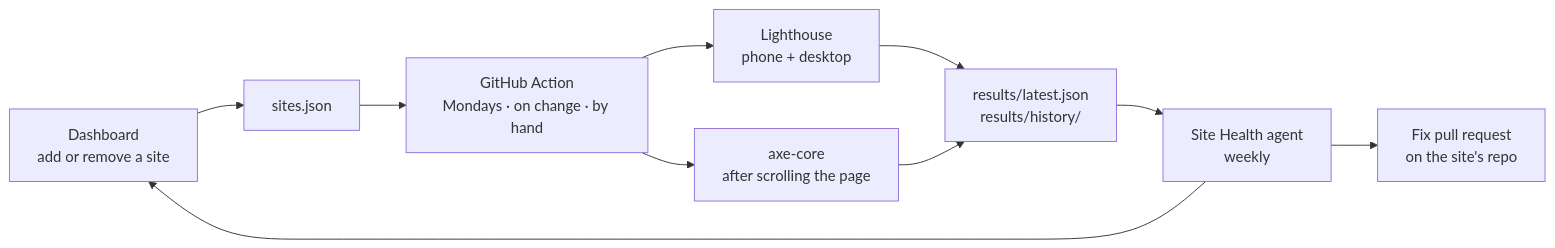
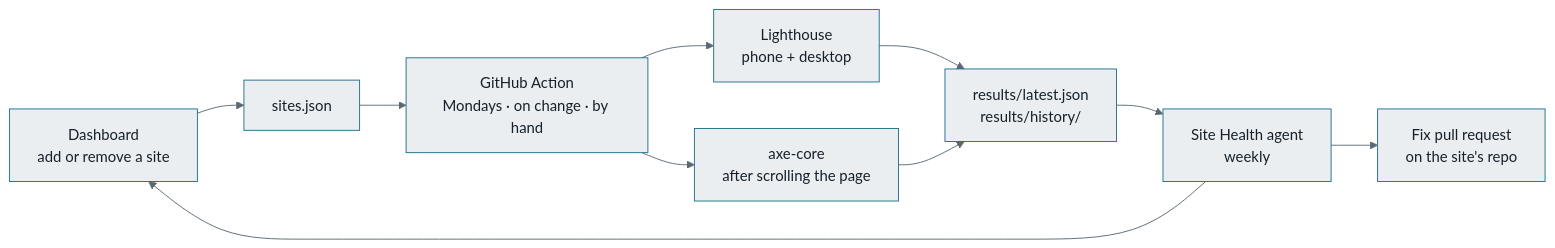
Before and after one commit to pikionis/site-monitor: the diagram in README.md, drawn with Mermaid. The commit also changed other lines of this file and 1 other file, not shown here.

````diff
--- a/README.md
+++ b/README.md
@@ -13,12 +26,13 @@
 ```mermaid
+%%{init: {'theme': 'base', 'themeVariables': {'primaryColor': '#EAEEF0', 'primaryTextColor': '#16202A', 'primaryBorderColor': '#1F6F8B', 'lineColor': '#5B6874', 'fontFamily': 'Schibsted Grotesk, Segoe UI, system-ui, sans-serif'}}}%%
 flowchart LR
     D[Dashboard<br/>add or remove a site] --> S[sites.json]
     S --> A[GitHub Action<br/>Mondays · on change · by hand]
     A --> L[Lighthouse<br/>phone + desktop]
     A --> X[axe-core<br/>after scrolling the page]
     L --> R[results/latest.json<br/>results/history/]
     X --> R
     R --> G[Site Health agent<br/>weekly]
     G --> P[Fix pull request<br/>on the site's repo]
     G --> D
 ```
````
